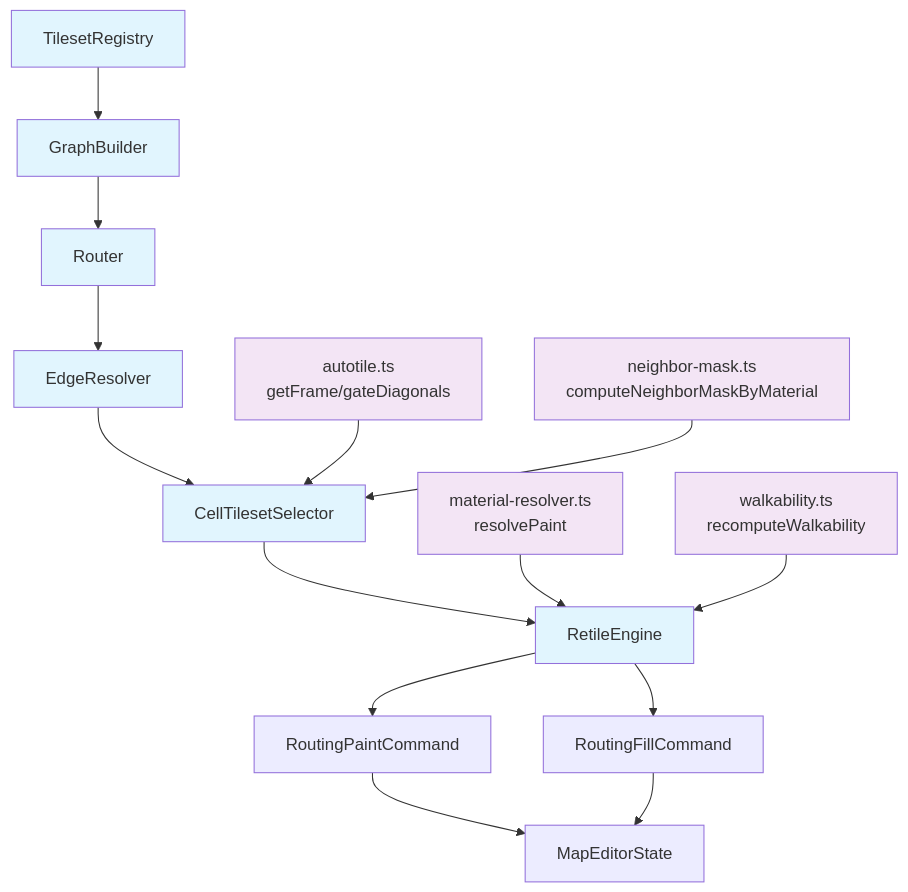
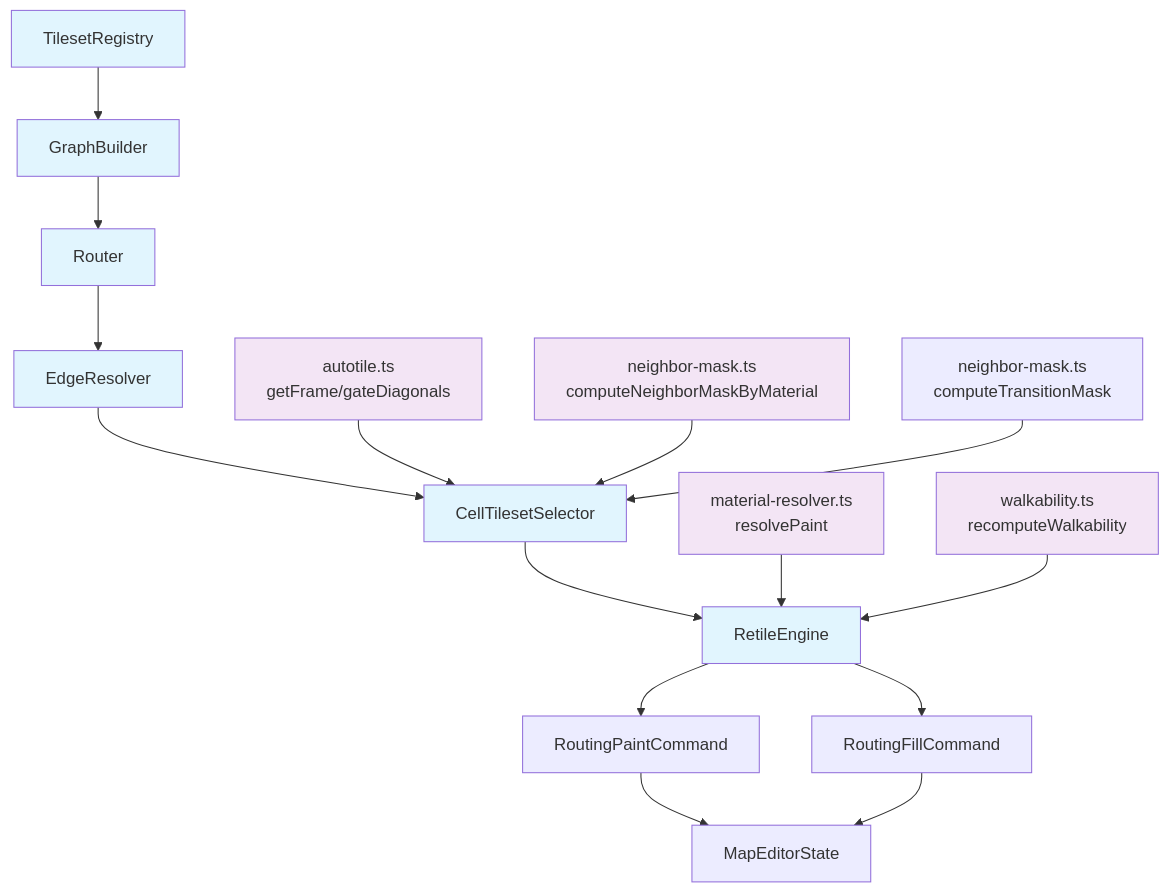
Before and after one commit to tundraray/nookstead: the first of 2 diagrams in docs/design/design-015-autotile-routing-system.md, drawn with Mermaid. The commit also changed other lines of this file and 44 other files, not shown here.

````diff
--- a/docs/design/design-015-autotile-routing-system.md
+++ b/docs/design/design-015-autotile-routing-system.md
@@ -342,30 +389,31 @@
 ```mermaid
 graph TD
     A[TilesetRegistry] --> B[GraphBuilder]
     B --> C[Router]
     C --> D[EdgeResolver]
     D --> E[CellTilesetSelector]
     E --> F[RetileEngine]
 
     G[autotile.ts<br/>getFrame/gateDiagonals] --> E
     H[neighbor-mask.ts<br/>computeNeighborMaskByMaterial] --> E
+    H2[neighbor-mask.ts<br/>computeTransitionMask] --> E
     I[material-resolver.ts<br/>resolvePaint] --> F
     J[walkability.ts<br/>recomputeWalkability] --> F
 
     F --> K[RoutingPaintCommand]
     F --> L[RoutingFillCommand]
 
     K --> M[MapEditorState]
     L --> M
 
     style A fill:#e1f5fe
     style B fill:#e1f5fe
     style C fill:#e1f5fe
     style D fill:#e1f5fe
     style E fill:#e1f5fe
     style F fill:#e1f5fe
     style G fill:#f3e5f5
     style H fill:#f3e5f5
     style I fill:#f3e5f5
     style J fill:#f3e5f5
 ```
````
